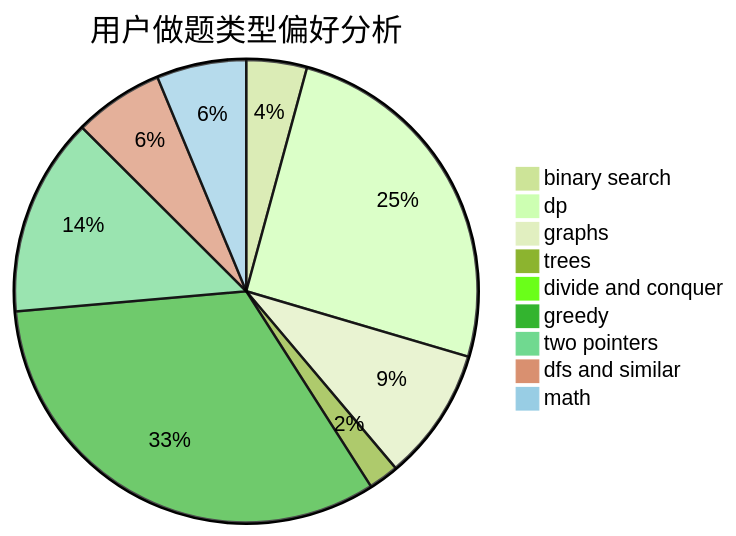
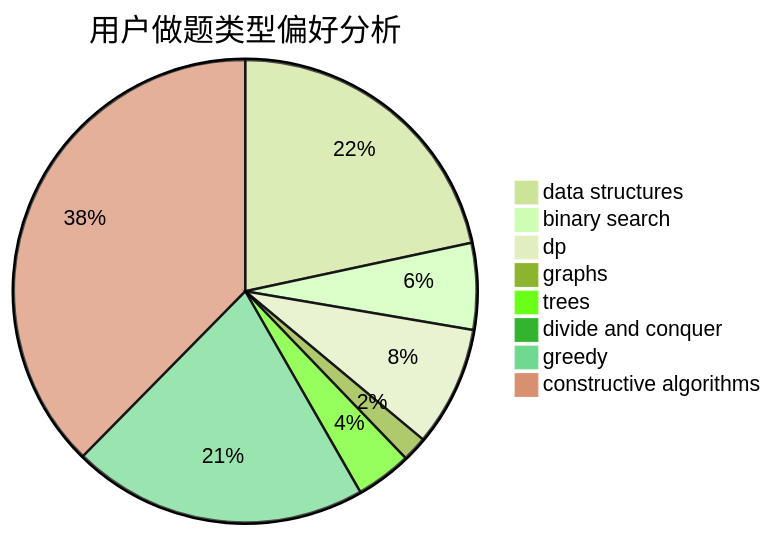
One commit to sherpahu/cfrs.github.io changed the second of 3 diagrams in docs/user/u1028.md. Above: the diagram before and after it, drawn with Mermaid (forest theme). The commit also changed other lines of this file and 2775 other files, not shown here.

````diff
--- a/docs/user/u1028.md
+++ b/docs/user/u1028.md
@@ -23,12 +23,11 @@
 ```mermaid
 pie title 用户做题类型偏好分析
-    "binary search" :  56
-    "dp" :  336
-    "graphs" :  123
-    "trees" :  28
-    "divide and conquer" :  1
-    "greedy" :  433
-    "two pointers" :  184
-    "dfs and similar" :  83
-    "math" :  83
+    "data structures" :  111
+    "binary search" :  31
+    "dp" :  43
+    "graphs" :  9
+    "trees" :  20
+    "divide and conquer" :  0
+    "greedy" :  106
+    "constructive algorithms" :  193
 ```
````
